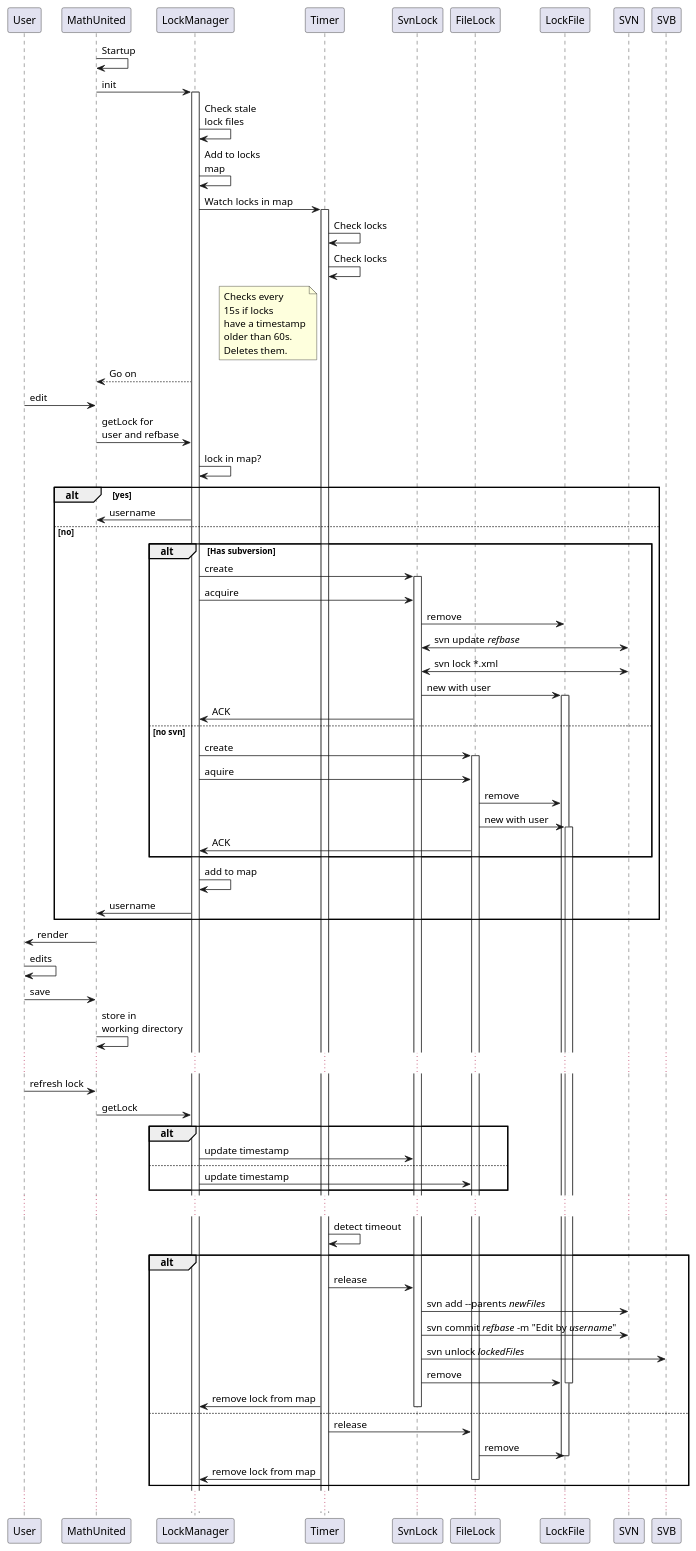
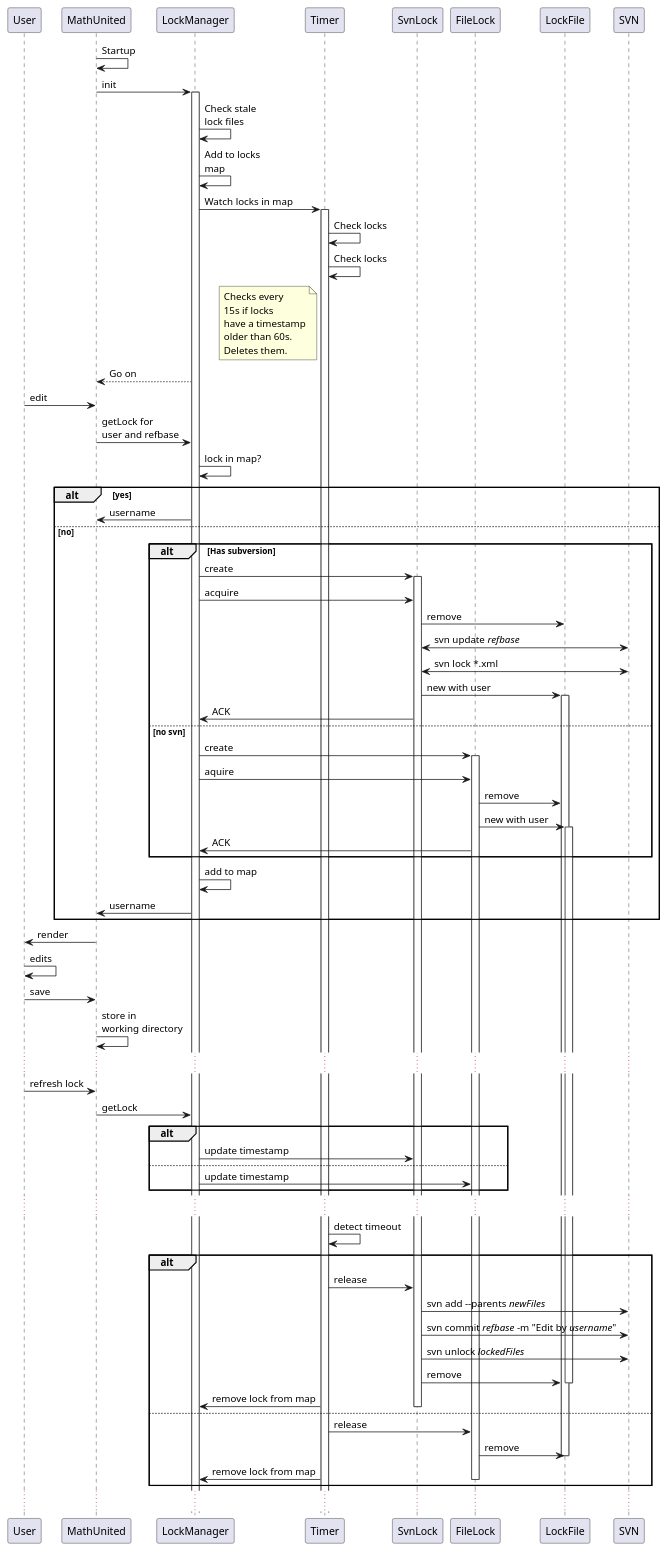
Before and after one commit to mjdslob/mathunited: the diagram in Author-java/MathUnited/uml/subversion/008-implementation.puml, drawn with PlantUML. The commit also changed 22 other files, not shown here.

```diff
--- a/Author-java/MathUnited/uml/subversion/008-implementation.puml
+++ b/Author-java/MathUnited/uml/subversion/008-implementation.puml
@@ -1,88 +1,88 @@
 @startuml
 participant User as U
 participant MathUnited as MU
 participant LockManager as LM
 participant Timer
 participant SvnLock
 participant FileLock
 participant LockFile
 participant SVN
 
 MU -> MU: Startup
 MU -> LM: init
 activate LM
 LM -> LM: Check stale\nlock files
 LM -> LM: Add to locks\nmap
 LM -> Timer: Watch locks in map
 activate Timer
 Timer -> Timer: Check locks
 Timer -> Timer: Check locks
 note left of Timer
 Checks every
 15s if locks
 have a timestamp
 older than 60s.
 Deletes them.
 end note
 LM --> MU: Go on
 U -> MU: edit
 MU -> LM: getLock for\nuser and refbase
 LM -> LM: lock in map?
 alt yes
     LM -> MU: username
 else no
     alt Has subversion
         LM -> SvnLock: create
         activate SvnLock
         LM -> SvnLock: acquire
         SvnLock -> LockFile: remove
         SvnLock <-> SVN: svn update //refbase//
         SvnLock <-> SVN: svn lock *.xml
         SvnLock -> LockFile: new with user
         activate LockFile
         SvnLock -> LM: ACK
     else no svn
         LM -> FileLock: create
         activate FileLock
         LM -> FileLock: aquire
         FileLock -> LockFile: remove
         FileLock -> LockFile: new with user
         activate LockFile
         FileLock -> LM: ACK
     end alt
     LM -> LM: add to map
     LM -> MU: username
 end alt
 MU -> U: render
 U -> U: edits
 U -> MU: save
 MU -> MU: store in\nworking directory
 ...
 U -> MU: refresh lock
 MU -> LM: getLock
 alt
 LM -> SvnLock: update timestamp
 else
 LM -> FileLock: update timestamp
 end alt
 ...
 Timer -> Timer: detect timeout
 alt
     Timer -> SvnLock: release
     SvnLock -> SVN: svn add --parents //newFiles//
     SvnLock -> SVN: svn commit //refbase// -m "Edit by //username//"
-    SvnLock -> SVB: svn unlock //lockedFiles//
+    SvnLock -> SVN: svn unlock //lockedFiles//
     SvnLock -> LockFile: remove
     deactivate LockFile
     Timer -> LM: remove lock from map
     deactivate SvnLock
 else
     Timer -> FileLock: release
     FileLock -> LockFile: remove
     deactivate LockFile
     Timer -> LM: remove lock from map
     deactivate FileLock
 end alt
 ...
 
 @enduml
```
